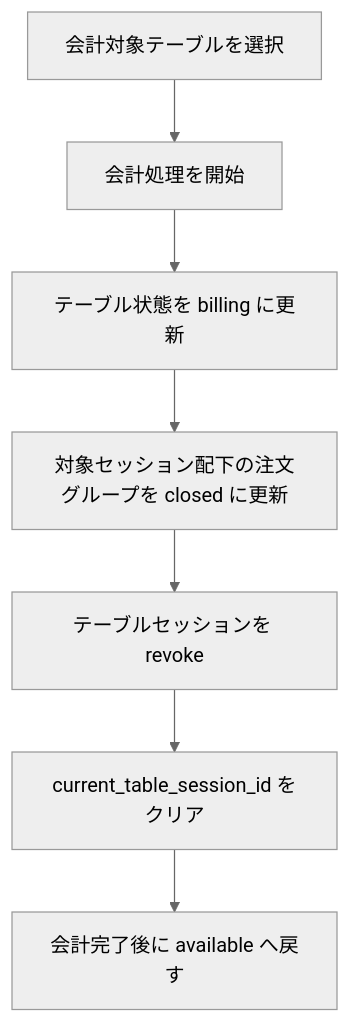
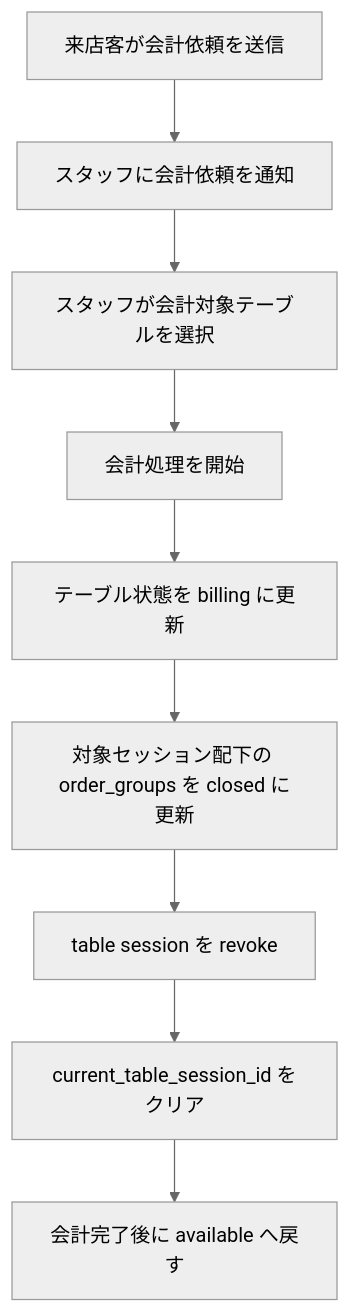
One commit to inoUwU/pinu changed the seventh of 10 diagrams in docs/spec/reverse_engineered_system_spec.md. Above: the diagram before and after it, drawn with Mermaid (neutral theme). The commit also changed other lines of this file and 6 other files, not shown here.

````diff
--- a/docs/spec/reverse_engineered_system_spec.md
+++ b/docs/spec/reverse_engineered_system_spec.md
@@ -197,9 +210,11 @@
 ```mermaid
 flowchart TD
-    A[会計対象テーブルを選択] --> B[会計処理を開始]
-    B --> C[テーブル状態を billing に更新]
-    C --> D[対象セッション配下の注文グループを closed に更新]
-    D --> E[テーブルセッションを revoke]
-    E --> F[current_table_session_id をクリア]
-    F --> G[会計完了後に available へ戻す]
+    A[来店客が会計依頼を送信] --> B[スタッフに会計依頼を通知]
+    B --> C[スタッフが会計対象テーブルを選択]
+    C --> D[会計処理を開始]
+    D --> E[テーブル状態を billing に更新]
+    E --> F[対象セッション配下の order_groups を closed に更新]
+    F --> G[table session を revoke]
+    G --> H[current_table_session_id をクリア]
+    H --> I[会計完了後に available へ戻す]
 ```
````
